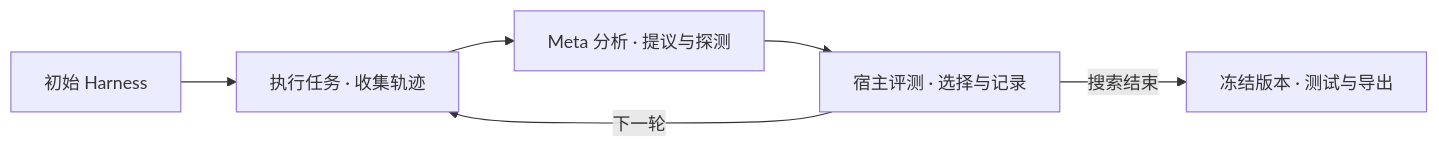
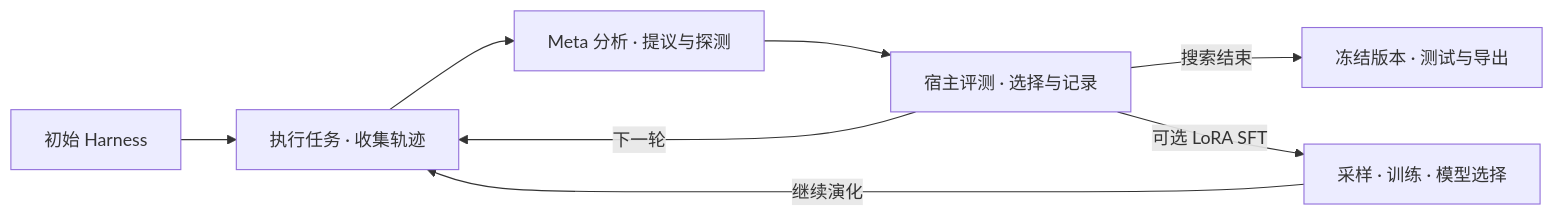
One commit to PLUTO-SCY/RSI_Base changed the diagram in README.md. Above: the diagram before and after it, drawn with Mermaid. The commit also changed other lines of this file and 24 other files, not shown here.

````diff
--- a/README.md
+++ b/README.md
@@ -29,8 +30,10 @@
 ```mermaid
 flowchart LR
     A["初始 Harness"] --> B["执行任务 · 收集轨迹"]
     B --> C["Meta 分析 · 提议与探测"]
     C --> D["宿主评测 · 选择与记录"]
     D -->|下一轮| B
     D -->|搜索结束| E["冻结版本 · 测试与导出"]
+    D -->|可选 LoRA SFT| F["采样 · 训练 · 模型选择"]
+    F -->|继续演化| B
 ```
````
